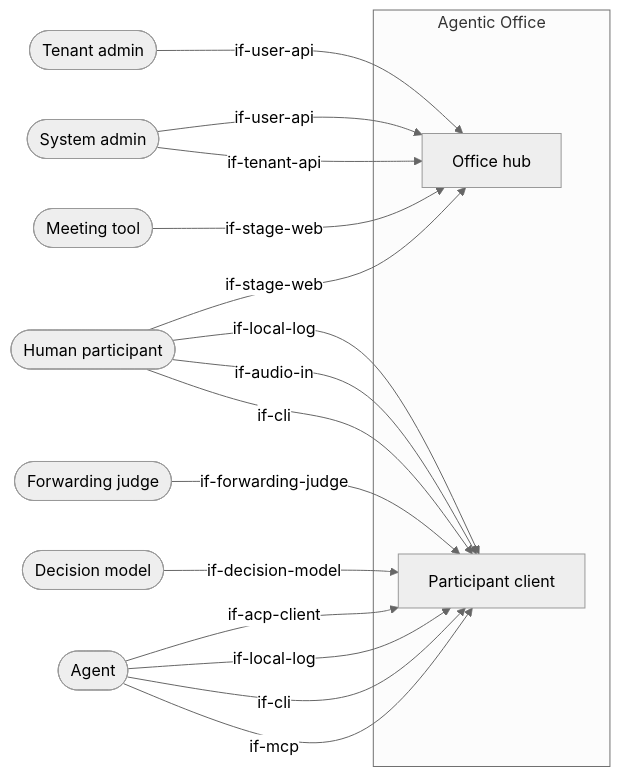
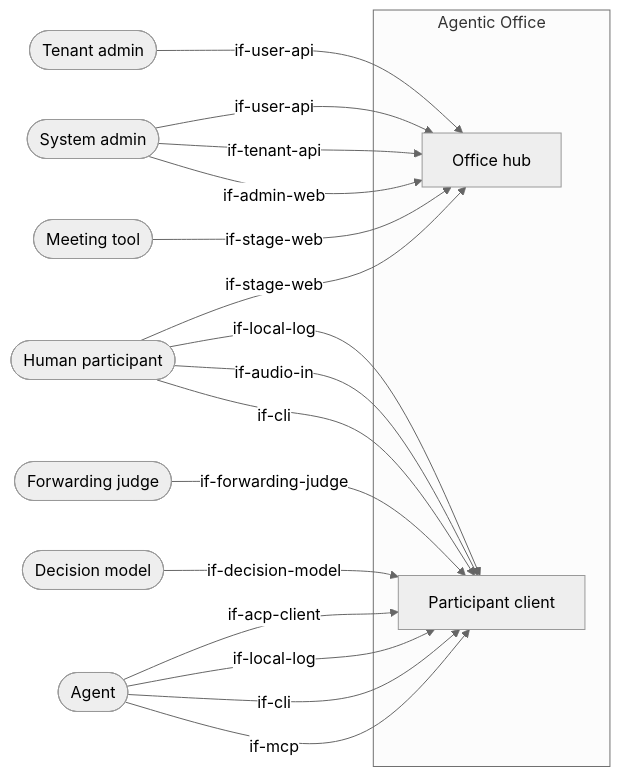
The diagram in docs/architecture/03-system-context.arc42.md (mrsimpson/agentic-office), drawn with Mermaid (neutral theme) before and after one commit. The commit also changed other lines of this file and 68 other files, not shown here.

````diff
--- a/docs/architecture/03-system-context.arc42.md
+++ b/docs/architecture/03-system-context.arc42.md
@@ -20,28 +20,29 @@
 ```mermaid
 flowchart LR
     actor_agent([Agent])
     actor_decision_model([Decision model])
     actor_forwarding_judge([Forwarding judge])
     actor_human([Human participant])
     actor_meeting_tool([Meeting tool])
     actor_system_admin([System admin])
     actor_tenant_admin([Tenant admin])
     subgraph office [Agentic Office]
         bb_office_hub[Office hub]
         bb_participant_client[Participant client]
     end
     actor_agent -->|if-mcp| bb_participant_client
     actor_agent -->|if-cli| bb_participant_client
     actor_agent -->|if-local-log| bb_participant_client
     actor_agent -->|if-acp-client| bb_participant_client
     actor_decision_model -->|if-decision-model| bb_participant_client
     actor_forwarding_judge -->|if-forwarding-judge| bb_participant_client
     actor_human -->|if-cli| bb_participant_client
     actor_human -->|if-audio-in| bb_participant_client
     actor_human -->|if-local-log| bb_participant_client
     actor_human -->|if-stage-web| bb_office_hub
     actor_meeting_tool -->|if-stage-web| bb_office_hub
+    actor_system_admin -->|if-admin-web| bb_office_hub
     actor_system_admin -->|if-tenant-api| bb_office_hub
     actor_system_admin -->|if-user-api| bb_office_hub
     actor_tenant_admin -->|if-user-api| bb_office_hub
 ```
````
